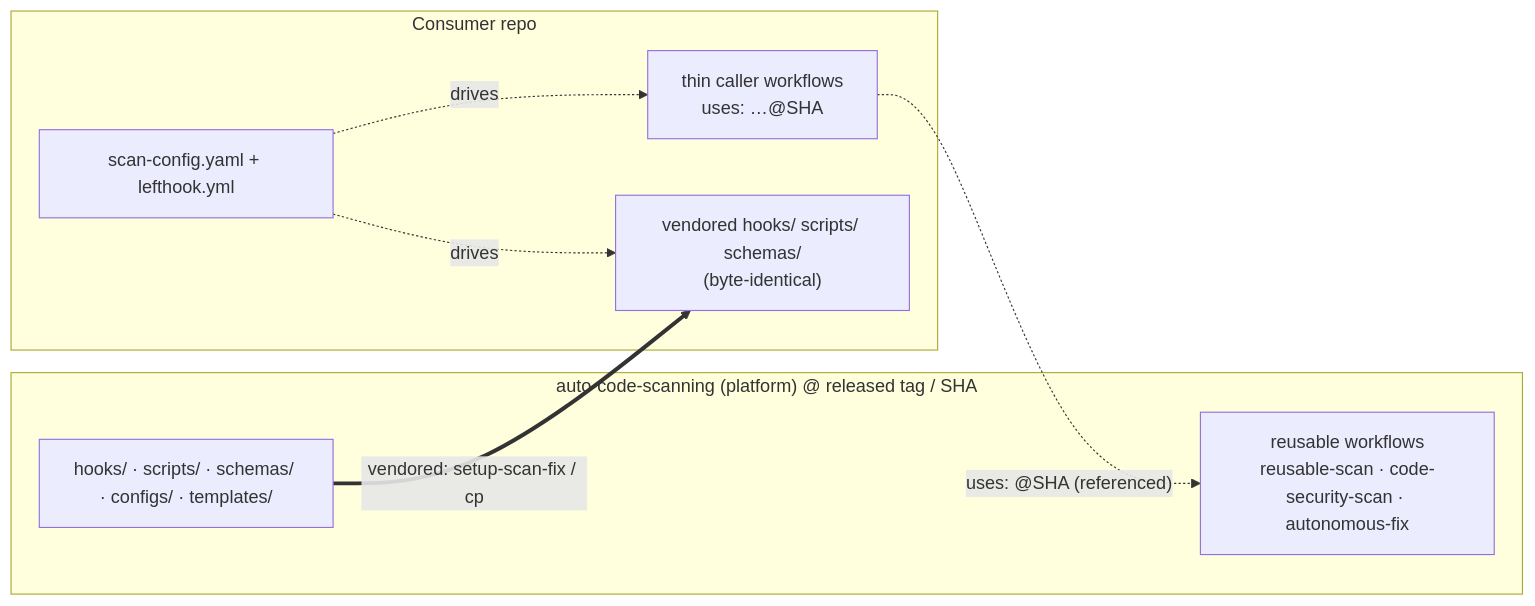
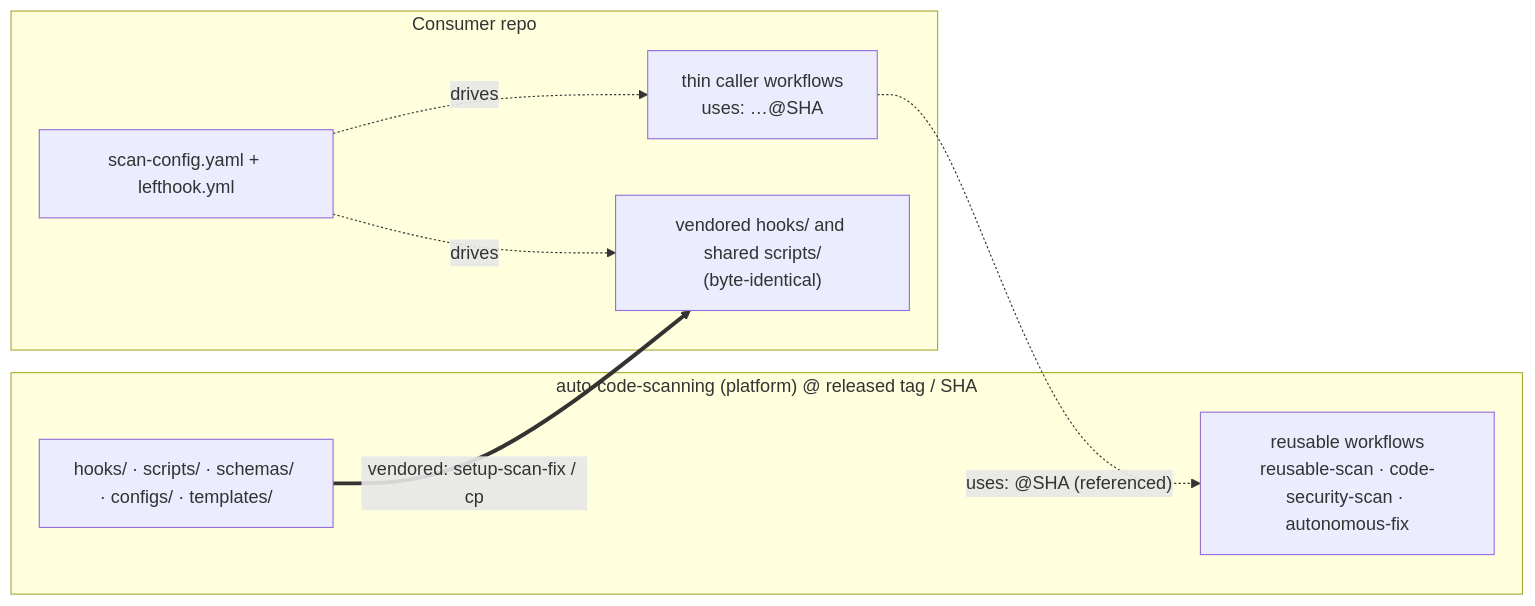
Before and after one commit to agenticcodingops/auto-code-scanning: the fifth of 5 diagrams in README.md, drawn with Mermaid. The commit also changed other lines of this file and 18 other files, not shown here.

````diff
--- a/README.md
+++ b/README.md
@@ -228,16 +231,16 @@
 ```mermaid
 flowchart LR
     subgraph plat["auto-code-scanning (platform) @ released tag / SHA"]
         rw["reusable workflows<br/>reusable-scan · code-security-scan · autonomous-fix"]
         src["hooks/ · scripts/ · schemas/ · configs/ · templates/"]
     end
     subgraph cons["Consumer repo"]
         callers["thin caller workflows<br/>uses: …@SHA"]
-        vend["vendored hooks/ scripts/ schemas/<br/>(byte-identical)"]
+        vend["vendored hooks/ and shared scripts/<br/>(byte-identical)"]
         cfg2["scan-config.yaml + lefthook.yml"]
     end
     callers -.->|"uses: @SHA (referenced)"| rw
     src ==>|"vendored: setup-scan-fix / cp"| vend
     cfg2 -.drives.-> callers
     cfg2 -.drives.-> vend
 ```
````
